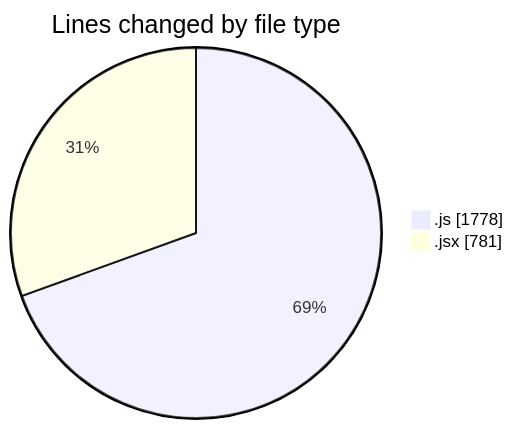
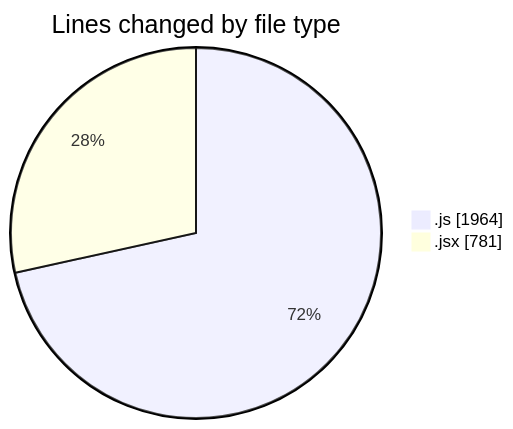
The first of 2 diagrams in 2025-09-11/nxtqube_webapp/README.md (nxtqubesakshisongat/code-tracking), drawn with Mermaid before and after one commit. The commit also changed other lines of this file and 1 other file, not shown here.

````diff
--- a/2025-09-11/nxtqube_webapp/README.md
+++ b/2025-09-11/nxtqube_webapp/README.md
@@ -22,6 +23,6 @@
 ```mermaid
 pie showData
 title Lines changed by file type
-".js" : 1778
+".js" : 1964
 ".jsx" : 781
 ```
````
